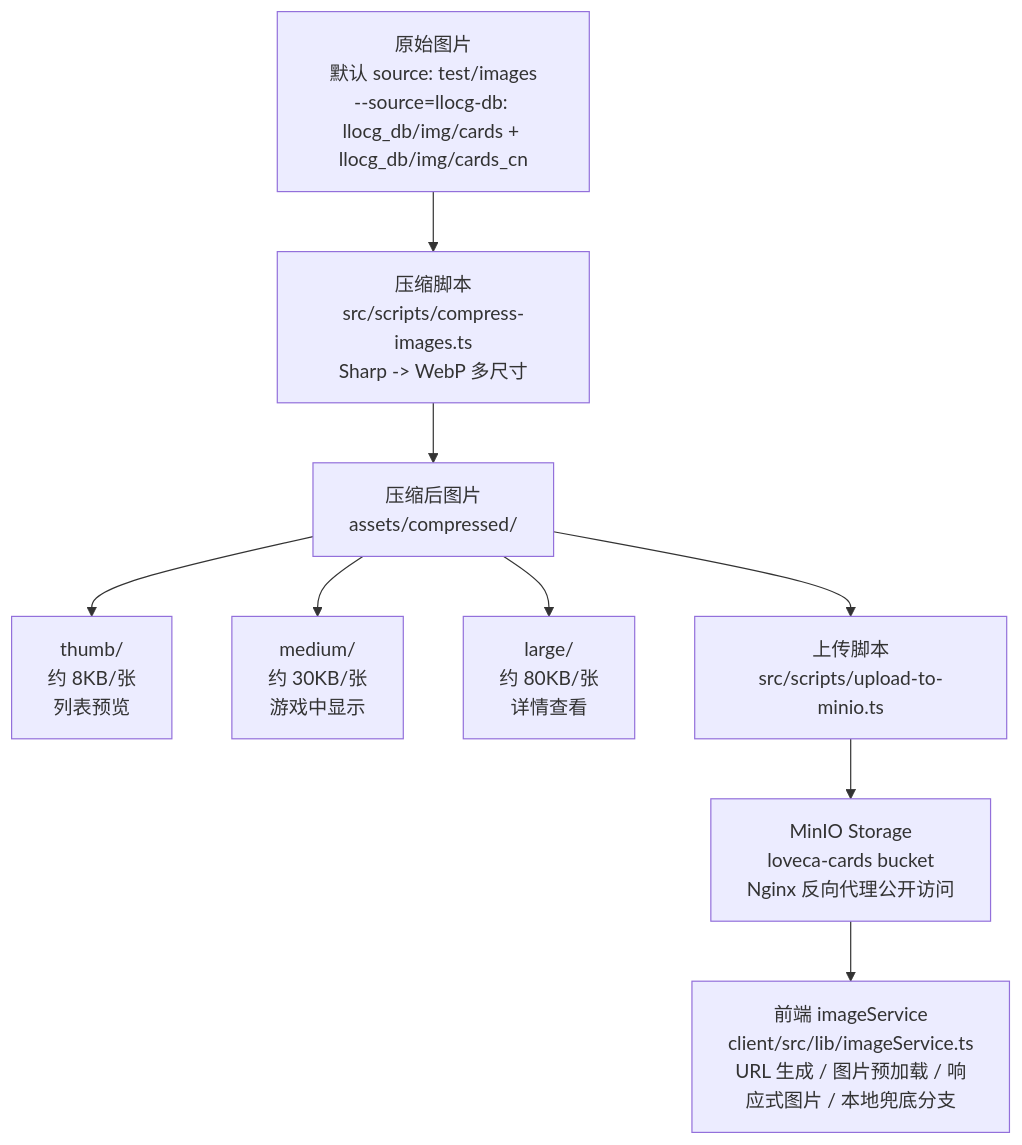
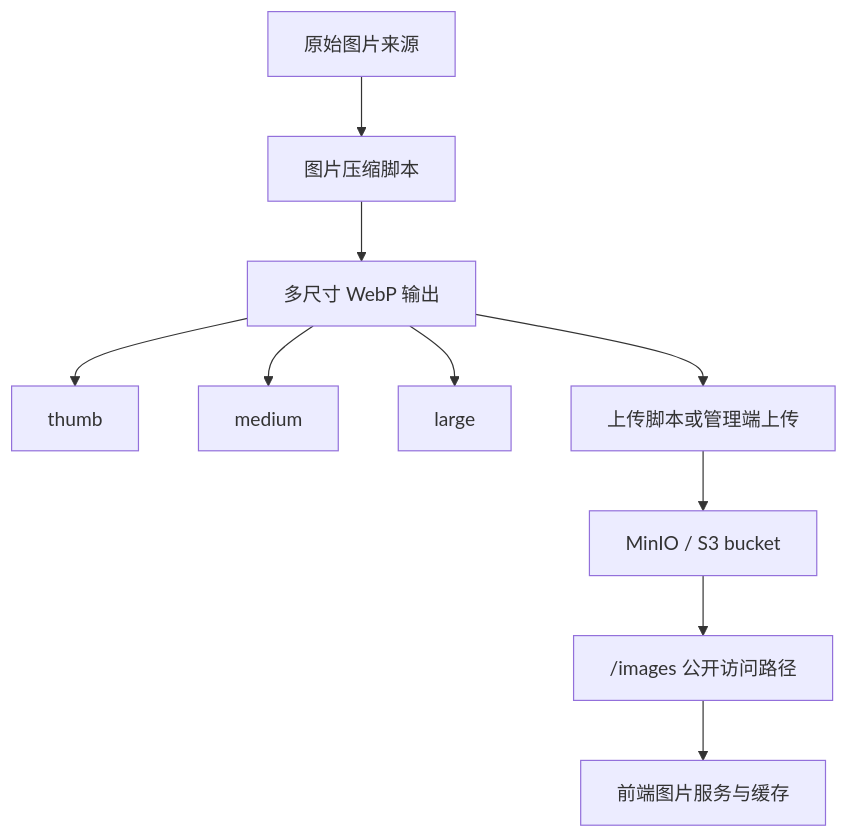
The diagram in docs/image_optimization.md (catmeow123456/loveca-dev), drawn with Mermaid before and after one commit. The commit also changed other lines of this file and 42 other files, not shown here.

````diff
--- a/docs/image_optimization.md
+++ b/docs/image_optimization.md
@@ -18,18 +18,12 @@
 ```mermaid
 flowchart TD
-    Source["原始图片<br/>默认 source: test/images<br/>--source=llocg-db: llocg_db/img/cards + llocg_db/img/cards_cn"]
-    Compress["压缩脚本<br/>src/scripts/compress-images.ts<br/>Sharp -> WebP 多尺寸"]
-    Output["压缩后图片<br/>assets/compressed/"]
-    Thumb["thumb/<br/>约 8KB/张<br/>列表预览"]
-    Medium["medium/<br/>约 30KB/张<br/>游戏中显示"]
-    Large["large/<br/>约 80KB/张<br/>详情查看"]
-    Upload["上传脚本<br/>src/scripts/upload-to-minio.ts"]
-    MinIO["MinIO Storage<br/>loveca-cards bucket<br/>Nginx 反向代理公开访问"]
-    Frontend["前端 imageService<br/>client/src/lib/imageService.ts<br/>URL 生成 / 图片预加载 / 响应式图片 / 本地兜底分支"]
-
-    Source --> Compress --> Output
-    Output --> Thumb
-    Output --> Medium
-    Output --> Large
-    Output --> Upload --> MinIO --> Frontend
+    Source["原始图片来源"] --> Compress["图片压缩脚本"]
+    Compress --> Output["多尺寸 WebP 输出"]
+    Output --> Thumb["thumb"]
+    Output --> Medium["medium"]
+    Output --> Large["large"]
+    Output --> Upload["上传脚本或管理端上传"]
+    Upload --> MinIO["MinIO / S3 bucket"]
+    MinIO --> Proxy["/images 公开访问路径"]
+    Proxy --> Frontend["前端图片服务与缓存"]
 ```
````
